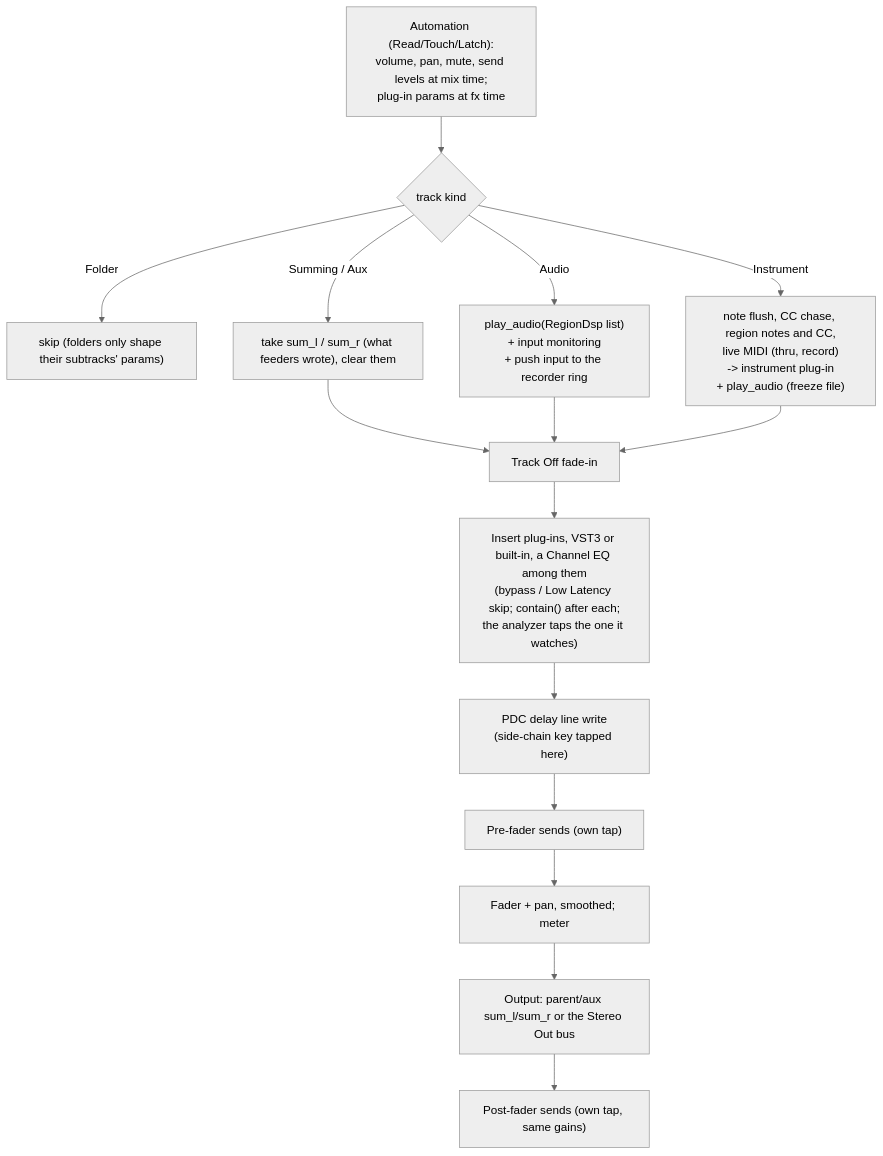
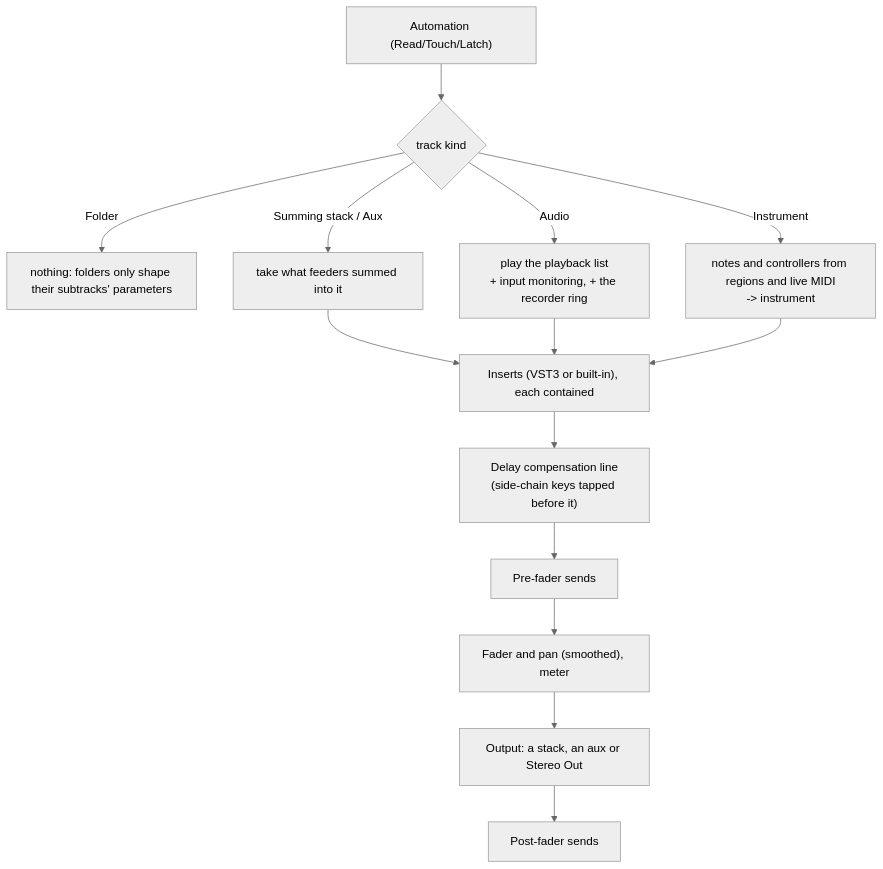
Before and after one commit to JackMechem/marbble: the fourth of 5 diagrams in docs/ARCHITECTURE.md, drawn with Mermaid (neutral theme). The commit also changed other lines of this file and 21 other files, not shown here.

````diff
--- a/docs/ARCHITECTURE.md
+++ b/docs/ARCHITECTURE.md
@@ -538,18 +374,16 @@
 ```mermaid
 flowchart TD
-  A["Automation (Read/Touch/Latch):<br/>volume, pan, mute, send levels at mix time;<br/>plug-in params at fx time"] --> B
-  B{"track kind"}
-  B -- Folder --> Z["skip (folders only shape their subtracks' params)"]
-  B -- "Summing / Aux" --> C["take sum_l / sum_r (what feeders wrote), clear them"]
-  B -- Audio --> D["play_audio(RegionDsp list)<br/>+ input monitoring<br/>+ push input to the recorder ring"]
-  B -- Instrument --> F["note flush, CC chase, region notes and CC,<br/>live MIDI (thru, record)<br/>-> instrument plug-in<br/>+ play_audio (freeze file)"]
-  C --> G
-  D --> G
-  F --> G
-  G["Track Off fade-in"] --> H["Insert plug-ins, VST3 or built-in, a Channel EQ among them<br/>(bypass / Low Latency skip; contain() after each;<br/>the analyzer taps the one it watches)"]
-  H --> I["PDC delay line write<br/>(side-chain key tapped here)"]
-  I --> J["Pre-fader sends (own tap)"]
-  J --> K["Fader + pan, smoothed; meter"]
-  K --> L["Output: parent/aux sum_l/sum_r or the Stereo Out bus"]
-  L --> M["Post-fader sends (own tap, same gains)"]
+  A["Automation (Read/Touch/Latch)"] --> B{"track kind"}
+  B -- Folder --> Z["nothing: folders only shape their subtracks' parameters"]
+  B -- "Summing stack / Aux" --> C["take what feeders summed into it"]
+  B -- Audio --> D["play the playback list<br/>+ input monitoring, + the recorder ring"]
+  B -- Instrument --> F["notes and controllers from regions and live MIDI<br/>-> instrument"]
+  C --> H
+  D --> H
+  F --> H
+  H["Inserts (VST3 or built-in), each contained"] --> I["Delay compensation line<br/>(side-chain keys tapped before it)"]
+  I --> J["Pre-fader sends"]
+  J --> K["Fader and pan (smoothed), meter"]
+  K --> L["Output: a stack, an aux or Stereo Out"]
+  L --> M["Post-fader sends"]
 ```
````
